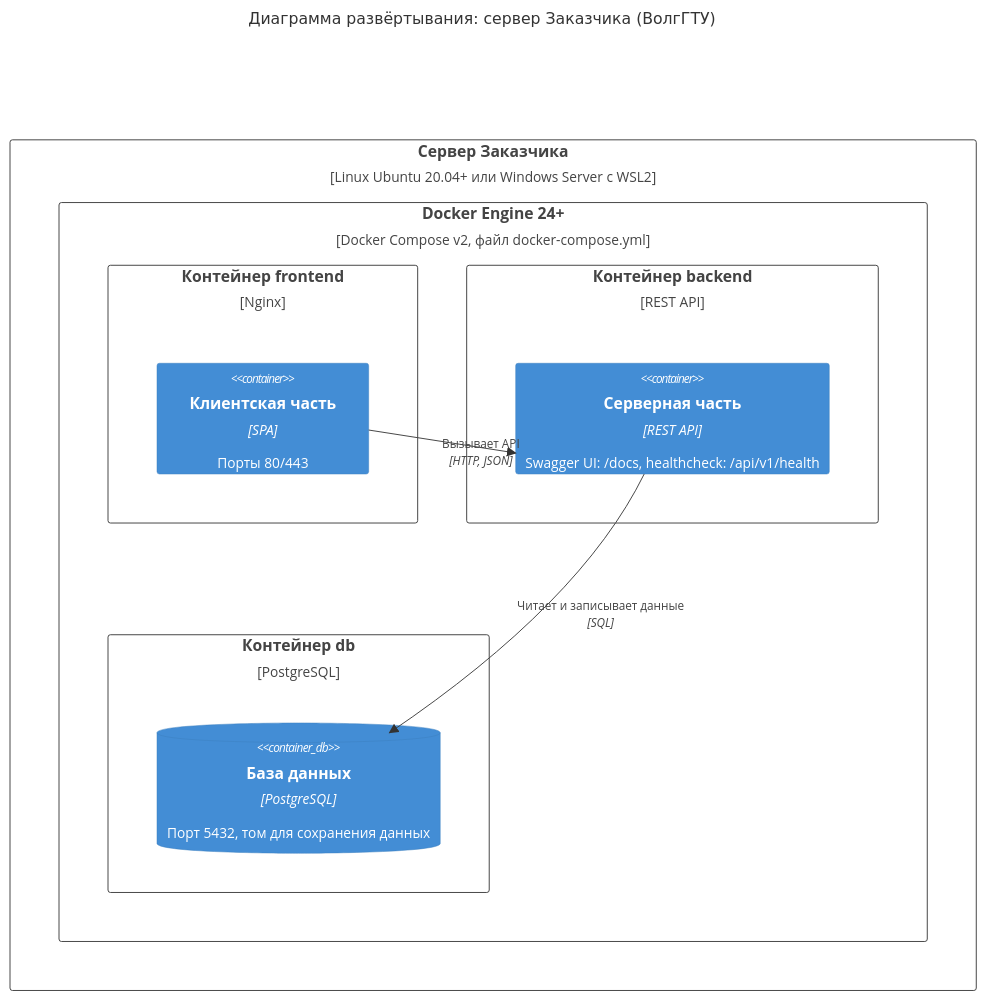
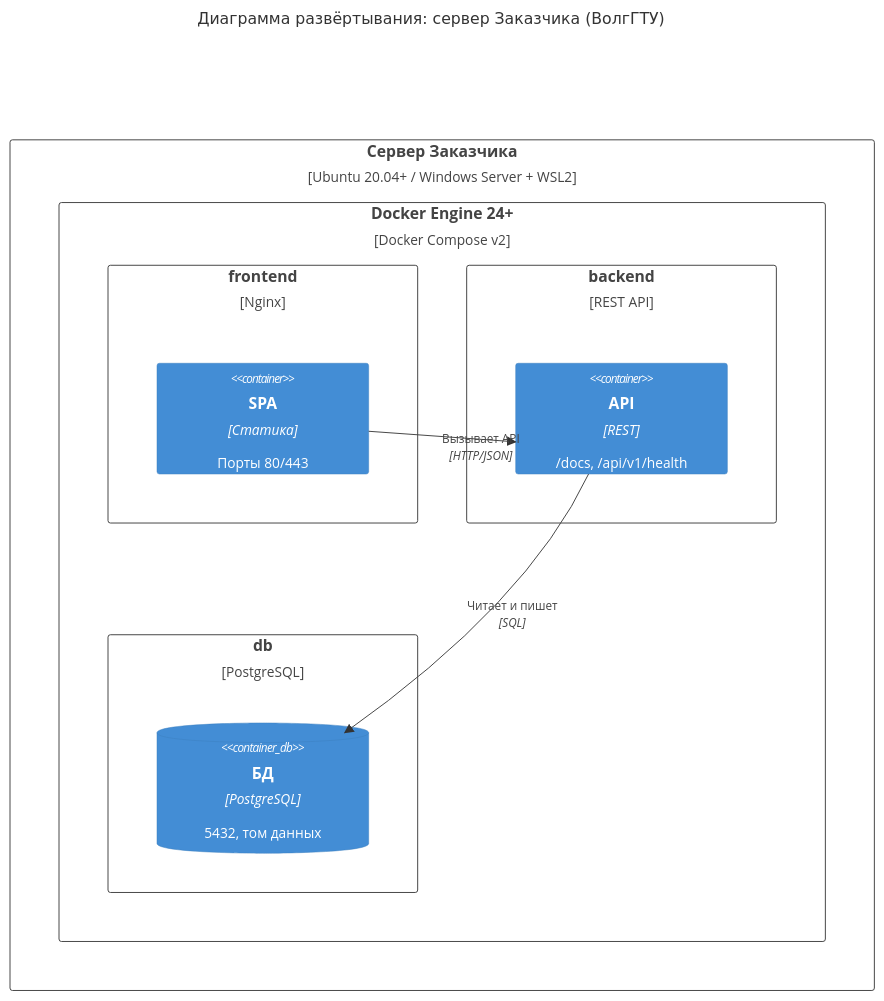
The fourth of 4 diagrams in C4.md (Viktorovicc/Lzskfffkak), drawn with Mermaid before and after one commit. The commit also changed other lines of this file, not shown here.

````diff
--- a/C4.md
+++ b/C4.md
@@ -321,21 +115,22 @@
 ```mermaid
+%%{init: {'theme': 'base', 'themeVariables': {'fontFamily': 'Arial, sans-serif', 'fontSize': '16px'}}}%%
 C4Deployment
     title Диаграмма развёртывания: сервер Заказчика (ВолгГТУ)
 
-    Deployment_Node(server, "Сервер Заказчика", "Linux Ubuntu 20.04+ или Windows Server с WSL2") {
-        Deployment_Node(docker, "Docker Engine 24+", "Docker Compose v2, файл docker-compose.yml") {
-            Deployment_Node(feNode, "Контейнер frontend", "Nginx") {
-                Container(frontend, "Клиентская часть", "SPA", "Порты 80/443")
+    Deployment_Node(server, "Сервер Заказчика", "Ubuntu 20.04+ / Windows Server + WSL2") {
+        Deployment_Node(docker, "Docker Engine 24+", "Docker Compose v2") {
+            Deployment_Node(feNode, "frontend", "Nginx") {
+                Container(frontend, "SPA", "Статика", "Порты 80/443")
             }
-            Deployment_Node(beNode, "Контейнер backend", "REST API") {
-                Container(backend, "Серверная часть", "REST API", "Swagger UI: /docs, healthcheck: /api/v1/health")
+            Deployment_Node(beNode, "backend", "REST API") {
+                Container(backend, "API", "REST", "/docs, /api/v1/health")
             }
-            Deployment_Node(dbNode, "Контейнер db", "PostgreSQL") {
-                ContainerDb(db, "База данных", "PostgreSQL", "Порт 5432, том для сохранения данных")
+            Deployment_Node(dbNode, "db", "PostgreSQL") {
+                ContainerDb(db, "БД", "PostgreSQL", "5432, том данных")
             }
         }
     }
 
-    Rel(frontend, backend, "Вызывает API", "HTTP, JSON")
-    Rel(backend, db, "Читает и записывает данные", "SQL")
+    Rel(frontend, backend, "Вызывает API", "HTTP/JSON")
+    Rel(backend, db, "Читает и пишет", "SQL")
 ```
````
